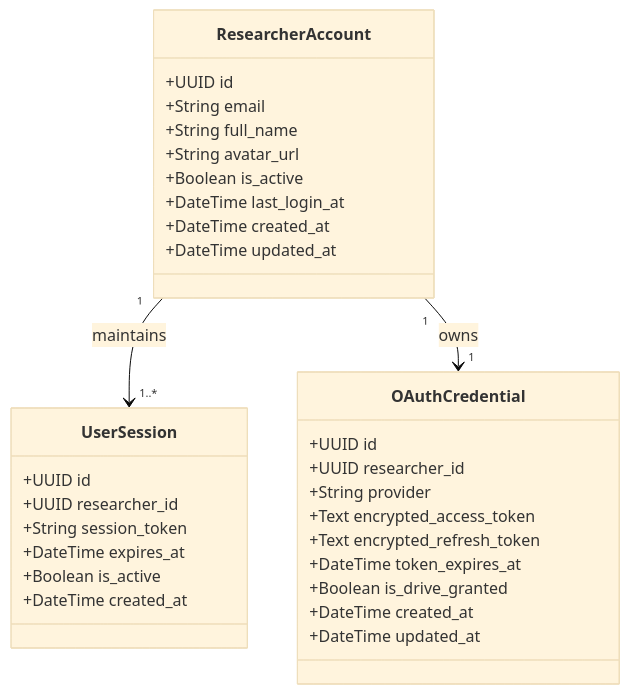
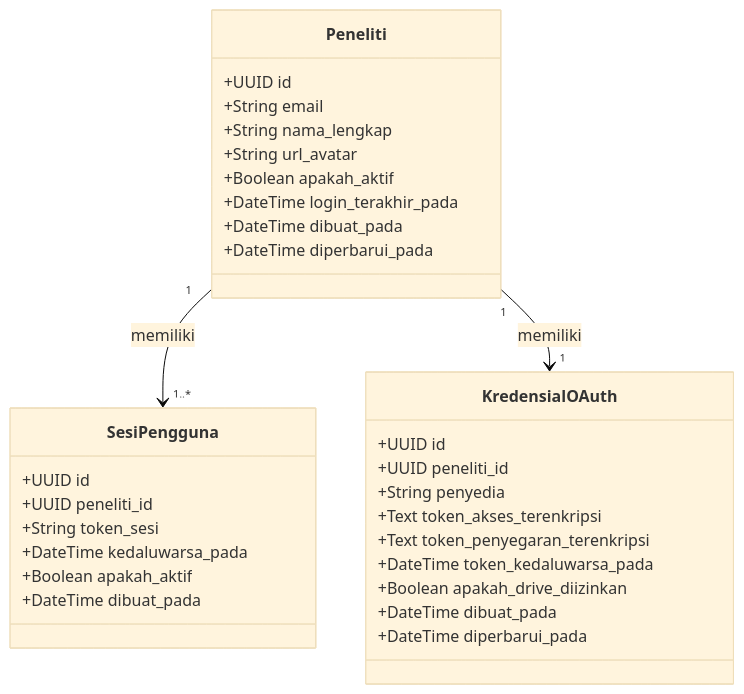
Before and after one commit to Gzaa19/Telaah: the first of 6 diagrams in specs/001-google-oauth-login/plan.md, drawn with Mermaid (base theme). The commit also changed other lines of this file and 15 other files, not shown here.

````diff
--- a/specs/001-google-oauth-login/plan.md
+++ b/specs/001-google-oauth-login/plan.md
@@ -21,37 +21,37 @@
 ```mermaid
 classDiagram
-    class ResearcherAccount {
+    class Peneliti {
         +UUID id
         +String email
-        +String full_name
-        +String avatar_url
-        +Boolean is_active
-        +DateTime last_login_at
-        +DateTime created_at
-        +DateTime updated_at
+        +String nama_lengkap
+        +String url_avatar
+        +Boolean apakah_aktif
+        +DateTime login_terakhir_pada
+        +DateTime dibuat_pada
+        +DateTime diperbarui_pada
     }
 
-    class UserSession {
+    class SesiPengguna {
         +UUID id
-        +UUID researcher_id
-        +String session_token
-        +DateTime expires_at
-        +Boolean is_active
-        +DateTime created_at
+        +UUID peneliti_id
+        +String token_sesi
+        +DateTime kedaluwarsa_pada
+        +Boolean apakah_aktif
+        +DateTime dibuat_pada
     }
 
-    class OAuthCredential {
+    class KredensialOAuth {
         +UUID id
-        +UUID researcher_id
-        +String provider
-        +Text encrypted_access_token
-        +Text encrypted_refresh_token
-        +DateTime token_expires_at
-        +Boolean is_drive_granted
-        +DateTime created_at
-        +DateTime updated_at
+        +UUID peneliti_id
+        +String penyedia
+        +Text token_akses_terenkripsi
+        +Text token_penyegaran_terenkripsi
+        +DateTime token_kedaluwarsa_pada
+        +Boolean apakah_drive_diizinkan
+        +DateTime dibuat_pada
+        +DateTime diperbarui_pada
     }
 
-    ResearcherAccount "1" --> "1..*" UserSession : maintains
-    ResearcherAccount "1" --> "1" OAuthCredential : owns
+    Peneliti "1" --> "1..*" SesiPengguna : memiliki
+    Peneliti "1" --> "1" KredensialOAuth : memiliki
 ```
````
